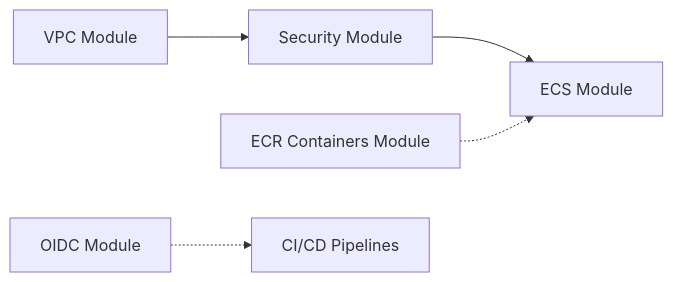
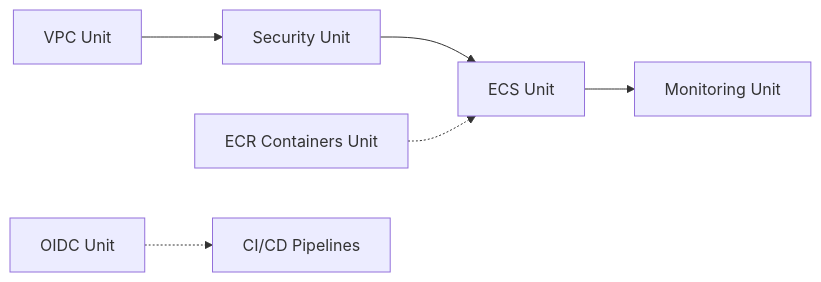
The second of 3 diagrams in README.md (richard-gm/grafana-stack-aws), drawn with Mermaid before and after one commit. The commit also changed other lines of this file and 35 other files, not shown here.

````diff
--- a/README.md
+++ b/README.md
@@ -162,7 +169,8 @@
 ```mermaid
 flowchart LR
-    VPC[VPC Module] --> SEC[Security Module]
-    SEC --> ECS[ECS Module]
-    ECR[ECR Containers Module] -.-> ECS
-    OIDC[OIDC Module] -.-> CICD[CI/CD Pipelines]
+    VPC[VPC Unit] --> SEC[Security Unit]
+    SEC --> ECS[ECS Unit]
+    ECR[ECR Containers Unit] -.-> ECS
+    ECS --> MON[Monitoring Unit]
+    OIDC[OIDC Unit] -.-> CICD[CI/CD Pipelines]
 ```
````
